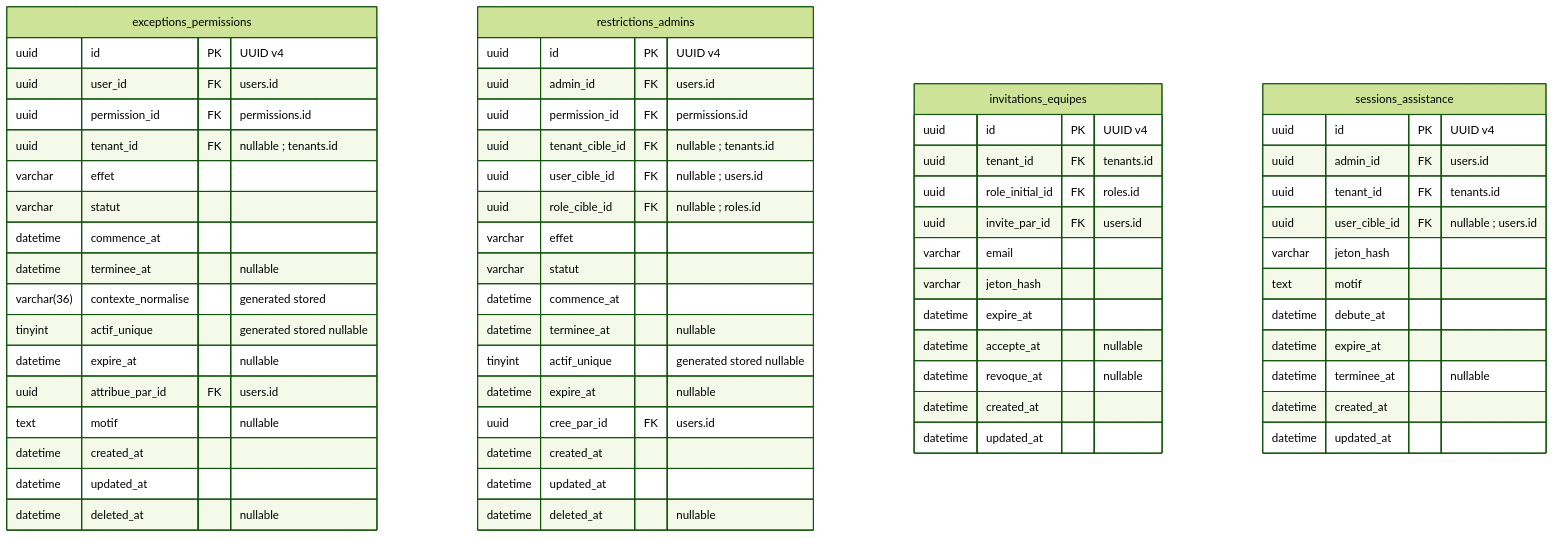
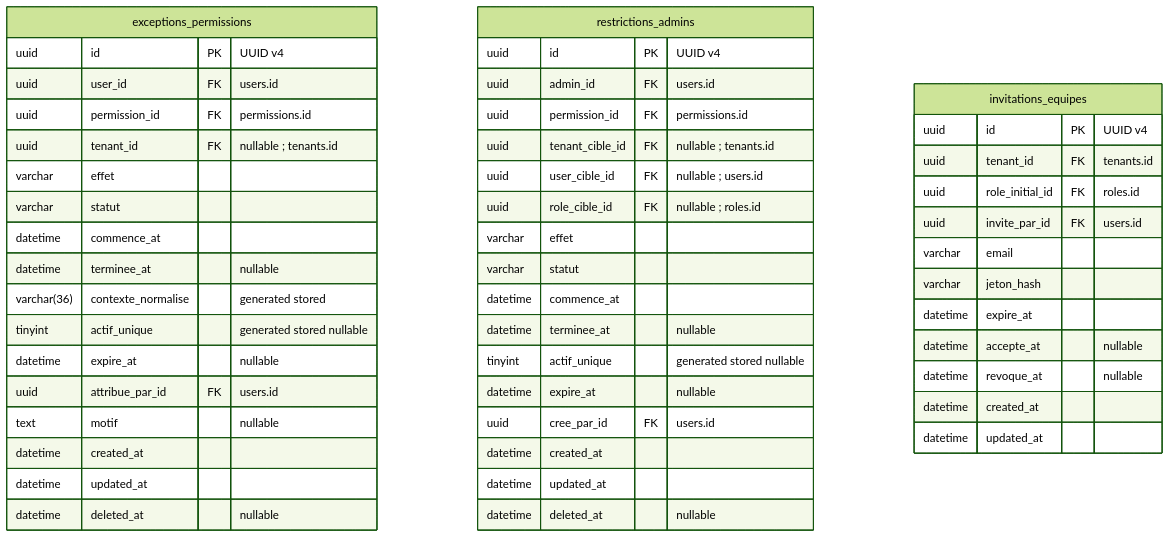
Before and after one commit to unitealfa/saas-ecom: the third of 37 diagrams in Schema-BDD-SaaS-Ecommerce-UUID.md, drawn with Mermaid (forest theme). The commit also changed other lines of this file, not shown here.

Commit message:
modiff retirer le admin asisant de la docu du shema generale

````diff
--- a/Schema-BDD-SaaS-Ecommerce-UUID.md
+++ b/Schema-BDD-SaaS-Ecommerce-UUID.md
@@ -273,66 +273,53 @@
 ```mermaid
 erDiagram
     direction TB
     exceptions_permissions {
         uuid id PK "UUID v4"
         uuid user_id FK "users.id"
         uuid permission_id FK "permissions.id"
         uuid tenant_id FK "nullable ; tenants.id"
         varchar effet
         varchar statut
         datetime commence_at
         datetime terminee_at "nullable"
         varchar(36) contexte_normalise "generated stored"
         tinyint actif_unique "generated stored nullable"
         datetime expire_at "nullable"
         uuid attribue_par_id FK "users.id"
         text motif "nullable"
         datetime created_at
         datetime updated_at
         datetime deleted_at "nullable"
     }
     restrictions_admins {
         uuid id PK "UUID v4"
         uuid admin_id FK "users.id"
         uuid permission_id FK "permissions.id"
         uuid tenant_cible_id FK "nullable ; tenants.id"
         uuid user_cible_id FK "nullable ; users.id"
         uuid role_cible_id FK "nullable ; roles.id"
         varchar effet
         varchar statut
         datetime commence_at
         datetime terminee_at "nullable"
         tinyint actif_unique "generated stored nullable"
         datetime expire_at "nullable"
         uuid cree_par_id FK "users.id"
         datetime created_at
         datetime updated_at
         datetime deleted_at "nullable"
     }
     invitations_equipes {
         uuid id PK "UUID v4"
         uuid tenant_id FK "tenants.id"
         uuid role_initial_id FK "roles.id"
         uuid invite_par_id FK "users.id"
         varchar email
         varchar jeton_hash
         datetime expire_at
         datetime accepte_at "nullable"
         datetime revoque_at "nullable"
         datetime created_at
         datetime updated_at
     }
-    sessions_assistance {
-        uuid id PK "UUID v4"
-        uuid admin_id FK "users.id"
-        uuid tenant_id FK "tenants.id"
-        uuid user_cible_id FK "nullable ; users.id"
-        varchar jeton_hash
-        text motif
-        datetime debute_at
-        datetime expire_at
-        datetime terminee_at "nullable"
-        datetime created_at
-        datetime updated_at
-    }
 ```
````
